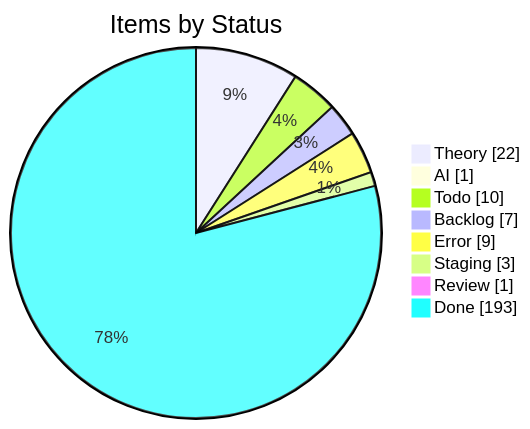
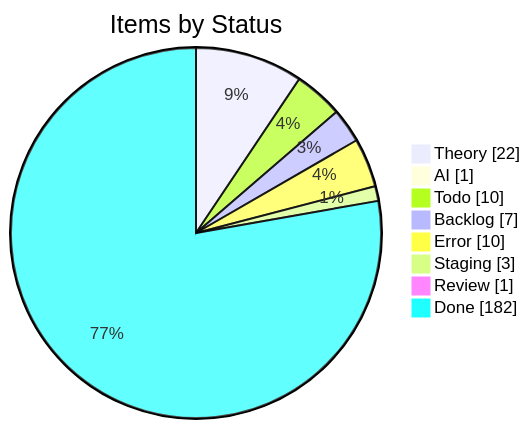
Before and after one commit to KBVE/kbve: the first of 4 diagrams in apps/kbve/astro-kbve/src/content/docs/dashboard/kanban-data.mdx, drawn with Mermaid. The commit also changed other lines of this file and 7 other files, not shown here.

````diff
--- a/apps/kbve/astro-kbve/src/content/docs/dashboard/kanban-data.mdx
+++ b/apps/kbve/astro-kbve/src/content/docs/dashboard/kanban-data.mdx
@@ -55,12 +55,12 @@
 ```mermaid
 pie showData
     title Items by Status
     "Theory" : 22
     "AI" : 1
     "Todo" : 10
     "Backlog" : 7
-    "Error" : 9
+    "Error" : 10
     "Staging" : 3
     "Review" : 1
-    "Done" : 193
+    "Done" : 182
 ```
````
